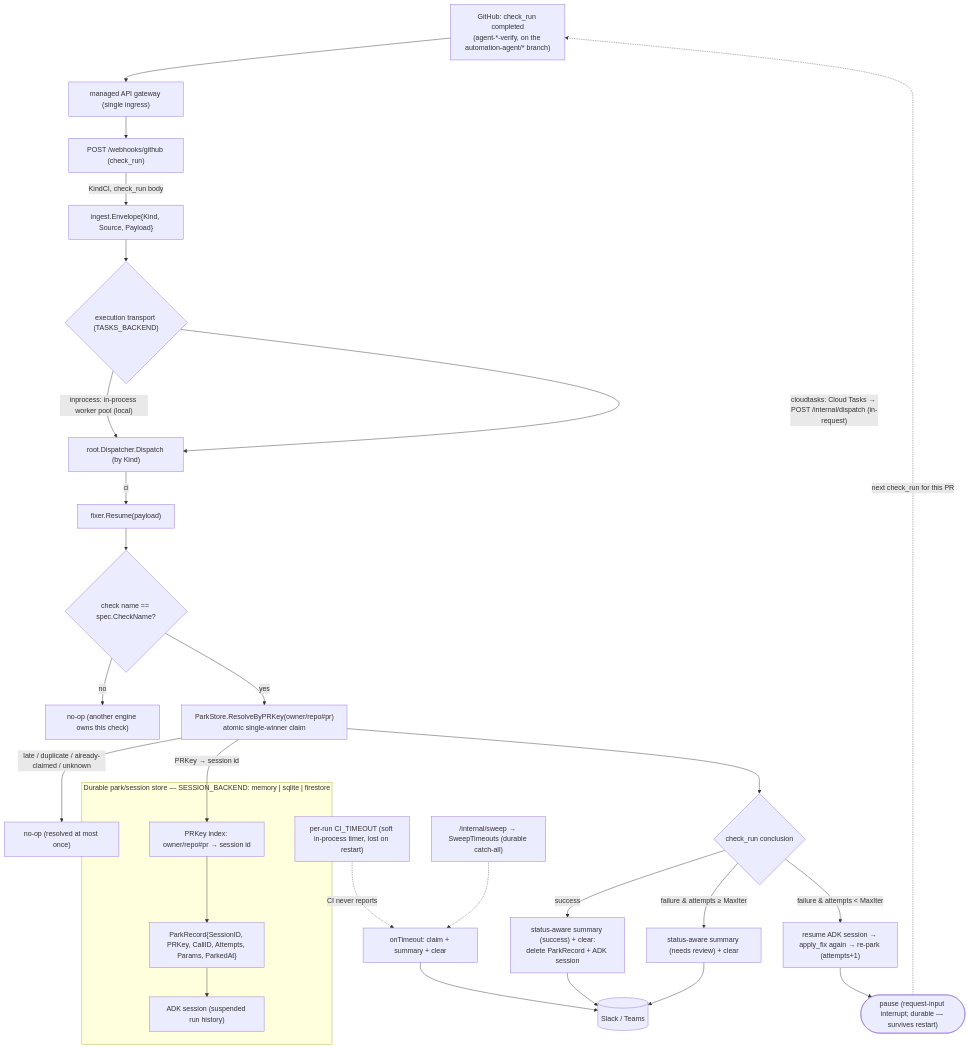
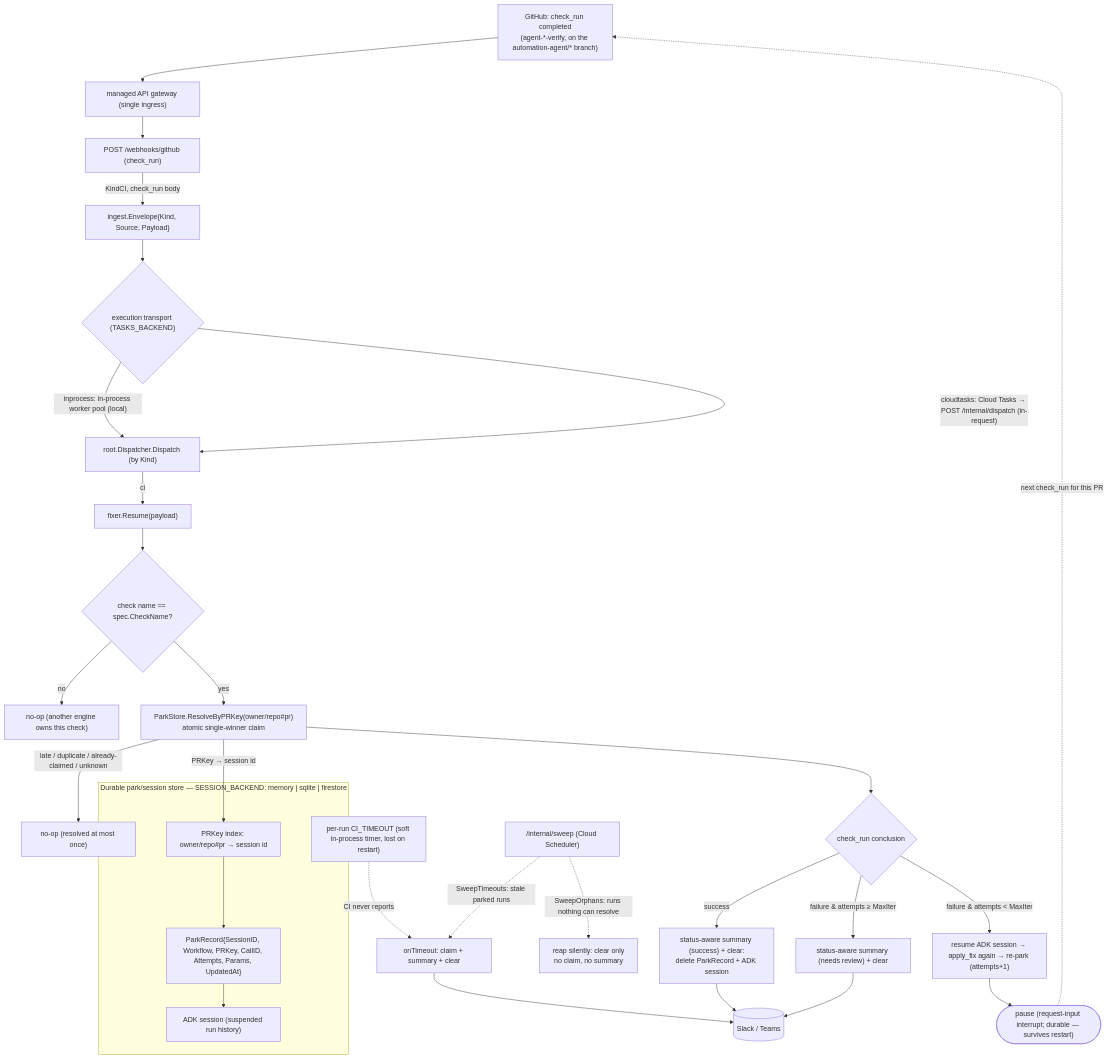
The second of 2 diagrams in okf/modules/service.md (jkjamies/automation-agent), drawn with Mermaid before and after one commit. The commit also changed 18 other files, not shown here.

First line of the commit message:
Reap fix runs that nothing can ever resolve (#57)

````diff
--- a/okf/modules/service.md
+++ b/okf/modules/service.md
@@ -60,35 +60,36 @@
 ```mermaid
 flowchart TD
     CR["GitHub: check_run completed<br/>(agent-*-verify, on the automation-agent/* branch)"] --> GW["managed API gateway (single ingress)"]
     GW --> WCI["POST /webhooks/github (check_run)"]
     WCI -->|"KindCI, check_run body"| Env["ingest.Envelope{Kind, Source, Payload}"]
     Env --> TX{"execution transport (TASKS_BACKEND)"}
     TX -->|"inprocess: in-process worker pool (local)"| Disp
     TX -->|"cloudtasks: Cloud Tasks → POST /internal/dispatch (in-request)"| Disp
     Disp["root.Dispatcher.Dispatch (by Kind)"] -->|ci| RES["fixer.Resume(payload)"]
 
     RES --> NM{"check name == spec.CheckName?"}
     NM -->|no| NOOP["no-op (another engine owns this check)"]
     NM -->|yes| CLAIM["ParkStore.ResolveByPRKey(owner/repo#pr)<br/>atomic single-winner claim"]
     CLAIM -->|"late / duplicate / already-claimed / unknown"| NOOP2["no-op (resolved at most once)"]
 
     subgraph Store["Durable park/session store — SESSION_BACKEND: memory | sqlite | firestore"]
-        PRK["PRKey index: owner/repo#pr → session id"] --> REC["ParkRecord{SessionID, PRKey, CallID, Attempts, Params, ParkedAt}"]
+        PRK["PRKey index: owner/repo#pr → session id"] --> REC["ParkRecord{SessionID, Workflow, PRKey, CallID, Attempts, Params, UpdatedAt}"]
         REC --> SESS["ADK session (suspended run history)"]
     end
     CLAIM -->|"PRKey → session id"| PRK
 
     CLAIM --> CONC{check_run conclusion}
     CONC -->|success| OK["status-aware summary (success) + clear:<br/>delete ParkRecord + ADK session"]
     CONC -->|"failure & attempts ≥ MaxIter"| REV["status-aware summary (needs review) + clear"]
     CONC -->|"failure & attempts < MaxIter"| RT["resume ADK session → apply_fix again → re-park (attempts+1)"]
     RT --> SUS(["pause (request-input interrupt; durable — survives restart)"])
     SUS -.->|"next check_run for this PR"| CR
 
     TO["per-run CI_TIMEOUT (soft in-process timer, lost on restart)"] -.->|"CI never reports"| FREE["onTimeout: claim + summary + clear"]
-    SW["/internal/sweep → SweepTimeouts (durable catch-all)"] -.-> FREE
+    SW["/internal/sweep (Cloud Scheduler)"] -.->|"SweepTimeouts: stale parked runs"| FREE
+    SW -.->|"SweepOrphans: runs nothing can resolve"| ORPH["reap silently: clear only<br/>no claim, no summary"]
 
     OK --> Chat[("Slack / Teams")]
     REV --> Chat
     FREE --> Chat
 ```
````
